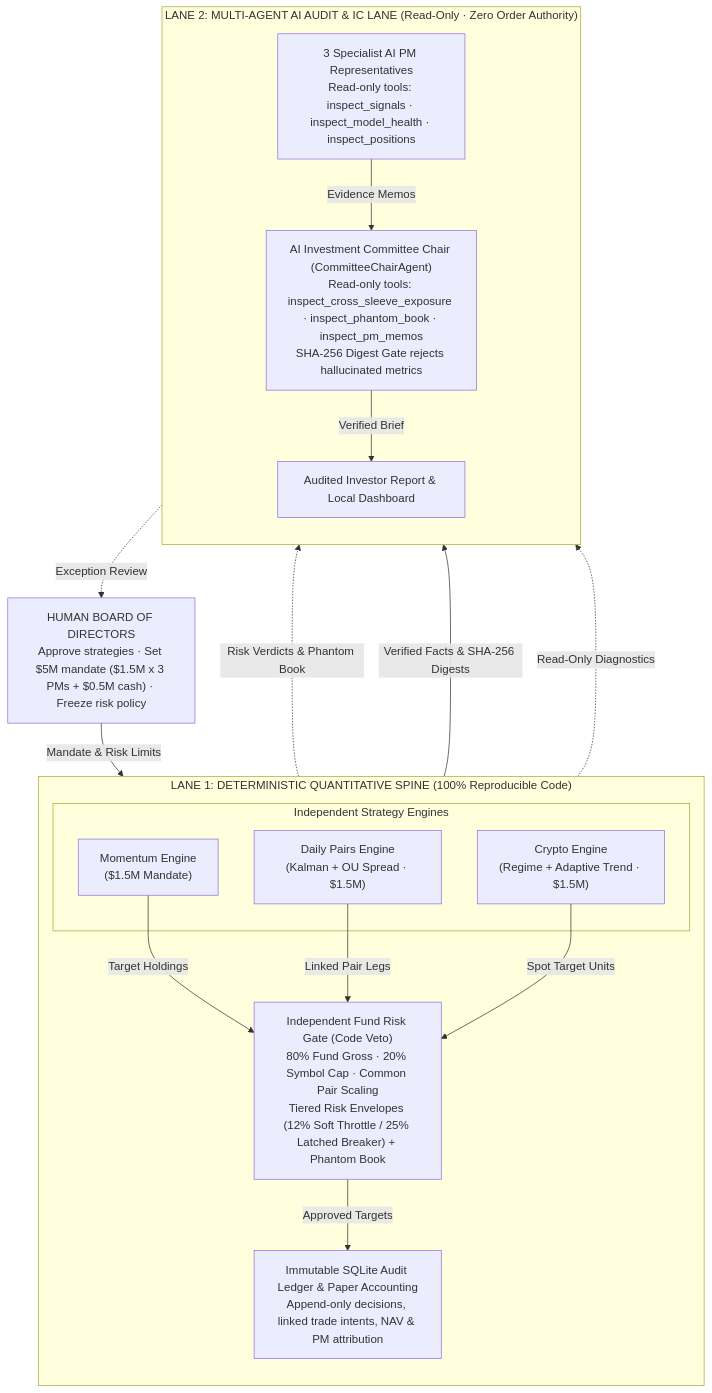
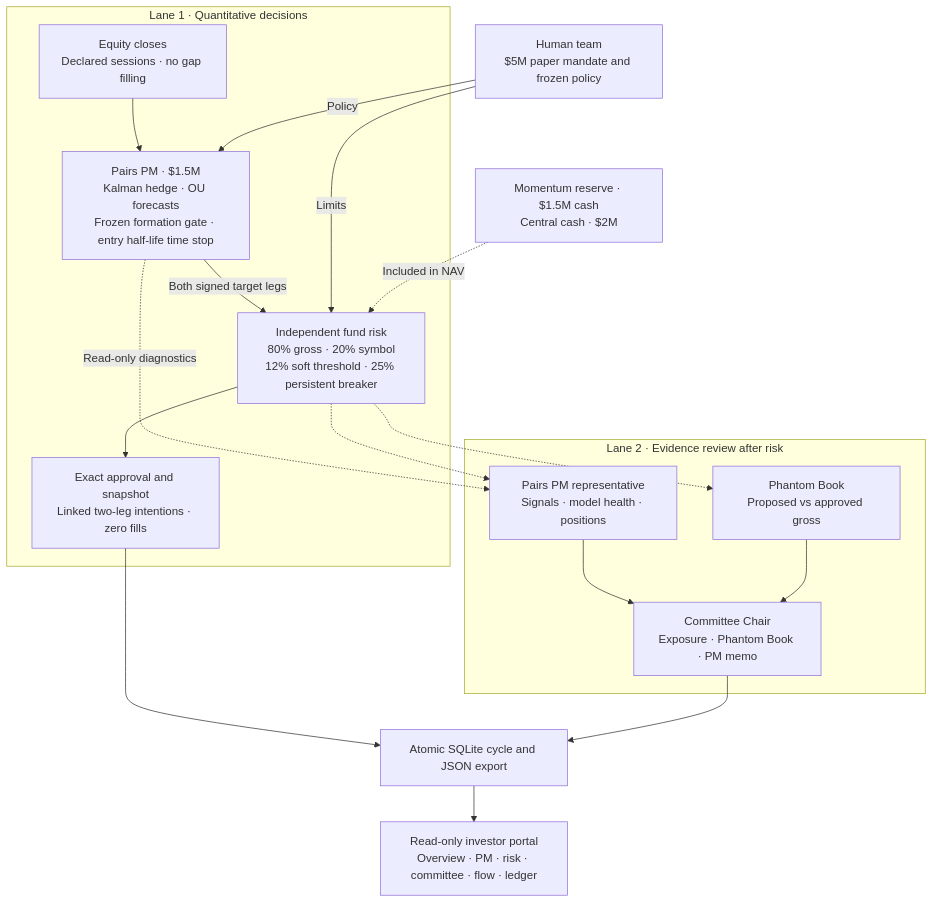
Before and after one commit to MLgeek96/Multi-Agentic-AI-Quantitative-Trading: the first of 2 diagrams in ARCHITECTURE.md, drawn with Mermaid. The commit also changed other lines of this file and 33 other files, not shown here.

Commit message:
Make Pairs the sole active PM and add investor workspace

````diff
--- a/ARCHITECTURE.md
+++ b/ARCHITECTURE.md
@@ -65,36 +13,27 @@
 ```mermaid
 flowchart TB
-    BOARD["HUMAN BOARD OF DIRECTORS<br/>Approve strategies · Set $5M mandate ($1.5M x 3 PMs + $0.5M cash) · Freeze risk policy"]
-
-    subgraph SPINE["LANE 1: DETERMINISTIC QUANTITATIVE SPINE (100% Reproducible Code)"]
-        direction TB
-        subgraph SLEEVES["Independent Strategy Engines"]
-            M_ENG["Momentum Engine<br/>($1.5M Mandate)"]
-            P_ENG["Daily Pairs Engine<br/>(Kalman + OU Spread · $1.5M)"]
-            C_ENG["Crypto Engine<br/>(Regime + Adaptive Trend · $1.5M)"]
-        end
-        RISK["Independent Fund Risk Gate (Code Veto)<br/>80% Fund Gross · 20% Symbol Cap · Common Pair Scaling<br/>Tiered Risk Envelopes (12% Soft Throttle / 25% Latched Breaker) + Phantom Book"]
-        LEDGER["Immutable SQLite Audit Ledger & Paper Accounting<br/>Append-only decisions, linked trade intents, NAV & PM attribution"]
-
-        M_ENG -->|Target Holdings| RISK
-        P_ENG -->|Linked Pair Legs| RISK
-        C_ENG -->|Spot Target Units| RISK
-        RISK -->|Approved Targets| LEDGER
+    BOARD["Human team<br/>$5M paper mandate and frozen policy"]
+    subgraph QUANT["Lane 1 · Quantitative decisions"]
+        DATA["Equity closes<br/>Declared sessions · no gap filling"]
+        PAIRS["Pairs PM · $1.5M<br/>Kalman hedge · OU forecasts<br/>Frozen formation gate · entry half-life time stop"]
+        RISK["Independent fund risk<br/>80% gross · 20% symbol<br/>12% soft threshold · 25% persistent breaker"]
+        STORE["Exact approval and snapshot<br/>Linked two-leg intentions · zero fills"]
+        DATA --> PAIRS -->|Both signed target legs| RISK --> STORE
     end
-
-    subgraph AILANE["LANE 2: MULTI-AGENT AI AUDIT & IC LANE (Read-Only · Zero Order Authority)"]
-        direction TB
-        PM_AI["3 Specialist AI PM Representatives<br/>Read-only tools: inspect_signals · inspect_model_health · inspect_positions"]
-        CHAIR["AI Investment Committee Chair (CommitteeChairAgent)<br/>Read-only tools: inspect_cross_sleeve_exposure · inspect_phantom_book · inspect_pm_memos<br/>SHA-256 Digest Gate rejects hallucinated metrics"]
-        REPORT["Audited Investor Report & Local Dashboard"]
-
-        PM_AI -->|Evidence Memos| CHAIR
-        CHAIR -->|Verified Brief| REPORT
+    subgraph REVIEW["Lane 2 · Evidence review after risk"]
+        PM["Pairs PM representative<br/>Signals · model health · positions"]
+        PHANTOM["Phantom Book<br/>Proposed vs approved gross"]
+        CHAIR["Committee Chair<br/>Exposure · Phantom Book · PM memo"]
+        PM --> CHAIR
+        PHANTOM --> CHAIR
     end
-
-    BOARD -->|Mandate & Risk Limits| SPINE
-    SLEEVES -.->|Read-Only Diagnostics| PM_AI
-    RISK -.->|Risk Verdicts & Phantom Book| CHAIR
-    LEDGER -->|Verified Facts & SHA-256 Digests| REPORT
-    REPORT -.->|Exception Review| BOARD
+    BOARD -->|Policy| PAIRS
+    BOARD -->|Limits| RISK
+    PAIRS -.->|Read-only diagnostics| PM
+    RISK -.-> PM
+    RISK -.-> PHANTOM
+    STORE --> AUDIT["Atomic SQLite cycle and JSON export"]
+    CHAIR --> AUDIT
+    AUDIT --> PORTAL["Read-only investor portal<br/>Overview · PM · risk · committee · flow · ledger"]
+    RESERVE["Momentum reserve · $1.5M cash<br/>Central cash · $2M"] -.->|Included in NAV| RISK
 ```
````
